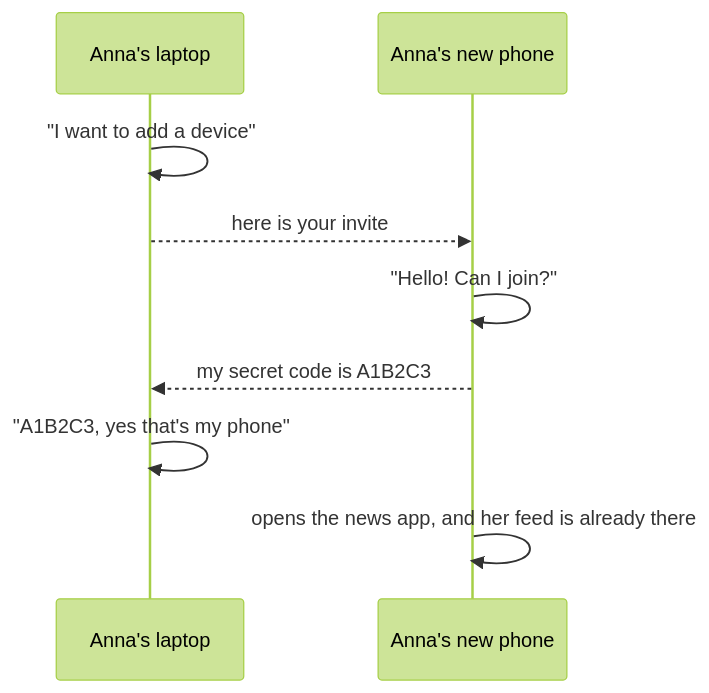
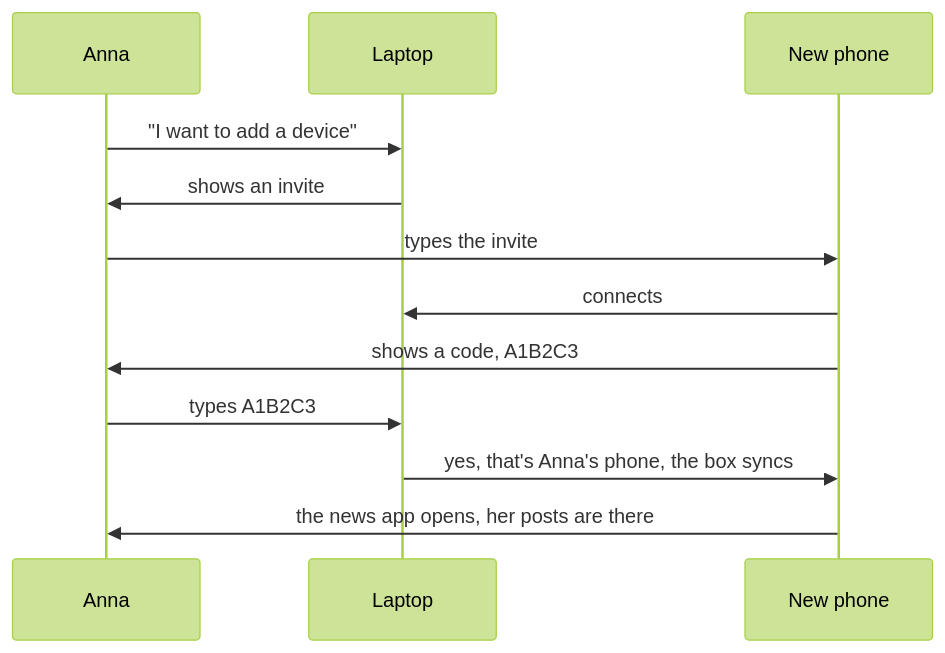
The fourth of 4 diagrams in PROPOSAL.md (playproject-io/datashell), drawn with Mermaid (forest theme) before and after one commit. The commit also changed other lines of this file, not shown here.

Commit message:
docs: fix the new-phone story diagram and explain what happens behind the scenes

````diff
--- a/PROPOSAL.md
+++ b/PROPOSAL.md
@@ -1104,11 +1104,14 @@
 ```mermaid
 sequenceDiagram
-  participant L as Anna's laptop
-  participant P as Anna's new phone
-  L->>L: "I want to add a device"
-  L-->>P: here is your invite
-  P->>P: "Hello! Can I join?"
-  P-->>L: my secret code is A1B2C3
-  L->>L: "A1B2C3, yes that's my phone"
-  P->>P: opens the news app, and her feed is already there
+  participant A as Anna
+  participant L as Laptop
+  participant P as New phone
+  A->>L: "I want to add a device"
+  L->>A: shows an invite
+  A->>P: types the invite
+  P->>L: connects
+  P->>A: shows a code, A1B2C3
+  A->>L: types A1B2C3
+  L->>P: yes, that's Anna's phone, the box syncs
+  P->>A: the news app opens, her posts are there
 ```
````
